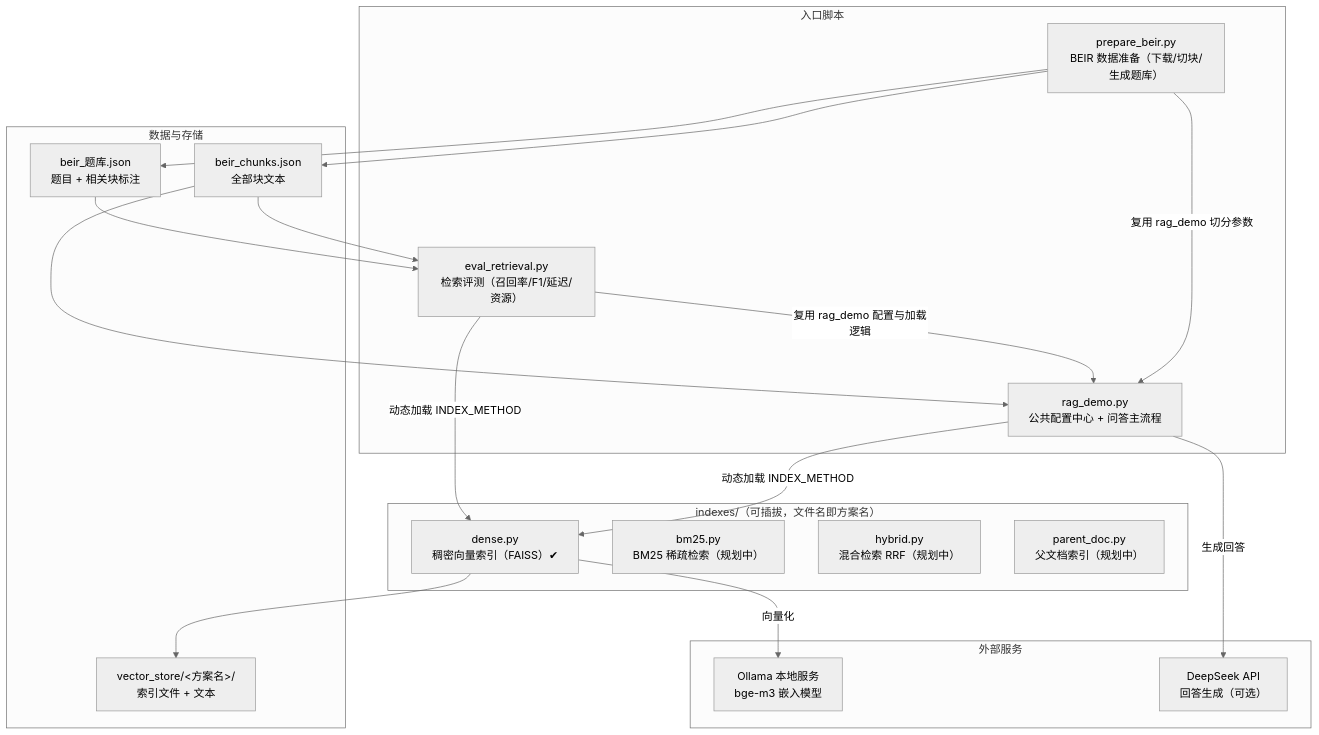
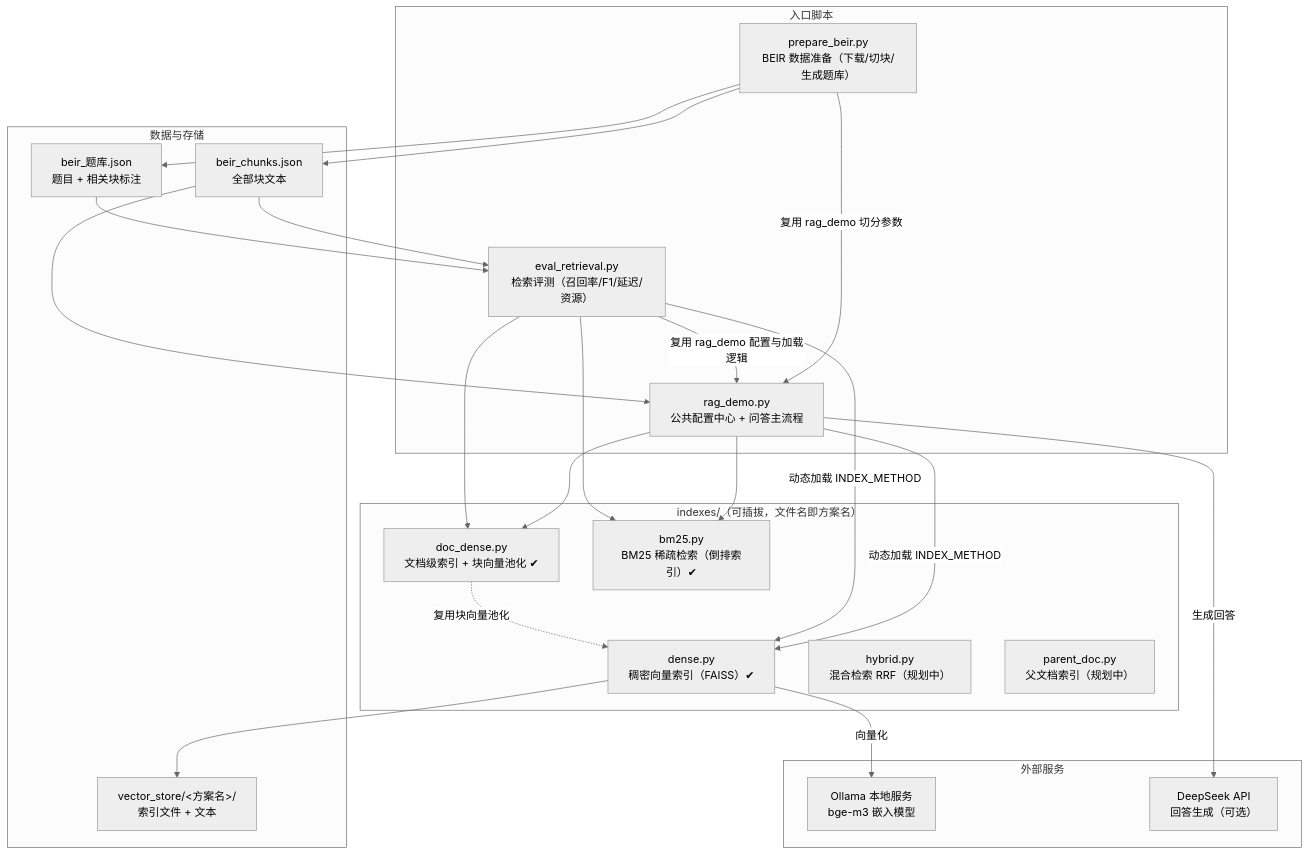
One commit to energetictom4-sudo/rag-index-bench changed the first of 2 diagrams in README.md. Above: the diagram before and after it, drawn with Mermaid (neutral theme). The commit also changed other lines of this file, not shown here.

Commit message:
docs: 新增三方案评测对比表（Recall/建库/延迟/索引大小）+ 更新架构图与路线图

````diff
--- a/README.md
+++ b/README.md
@@ -19,39 +19,45 @@
 ```mermaid
 graph TB
     subgraph 入口脚本
         RAG["rag_demo.py<br/>公共配置中心 + 问答主流程"]
         PREP["prepare_beir.py<br/>BEIR 数据准备（下载/切块/生成题库）"]
         EVAL["eval_retrieval.py<br/>检索评测（召回率/F1/延迟/资源）"]
     end
 
     subgraph 索引方案插件["indexes/（可插拔，文件名即方案名）"]
         IDX["dense.py<br/>稠密向量索引（FAISS）✔"]
-        BM25["bm25.py<br/>BM25 稀疏检索（规划中）"]
+        DOC["doc_dense.py<br/>文档级索引 + 块向量池化 ✔"]
+        BM25["bm25.py<br/>BM25 稀疏检索（倒排索引）✔"]
         HYB["hybrid.py<br/>混合检索 RRF（规划中）"]
         PAR["parent_doc.py<br/>父文档索引（规划中）"]
     end
 
     subgraph 外部服务
         OLLAMA["Ollama 本地服务<br/>bge-m3 嵌入模型"]
         DS["DeepSeek API<br/>回答生成（可选）"]
     end
 
     subgraph 数据与存储
         CHUNKS["beir_chunks.json<br/>全部块文本"]
         BANK["beir_题库.json<br/>题目 + 相关块标注"]
         STORE["vector_store/&lt;方案名&gt;/<br/>索引文件 + 文本"]
     end
 
     PREP -->|"复用 rag_demo 切分参数"| RAG
     PREP --> CHUNKS
     PREP --> BANK
     RAG -->|"动态加载 INDEX_METHOD"| IDX
+    RAG --> DOC
+    RAG --> BM25
     EVAL -->|"复用 rag_demo 配置与加载逻辑"| RAG
     EVAL -->|"动态加载 INDEX_METHOD"| IDX
+    EVAL --> DOC
+    EVAL --> BM25
     IDX -->|"向量化"| OLLAMA
+    DOC -.->|"复用块向量池化"| IDX
     RAG -->|"生成回答"| DS
     IDX --> STORE
     CHUNKS --> RAG
     CHUNKS --> EVAL
     BANK --> EVAL
 ```
````
